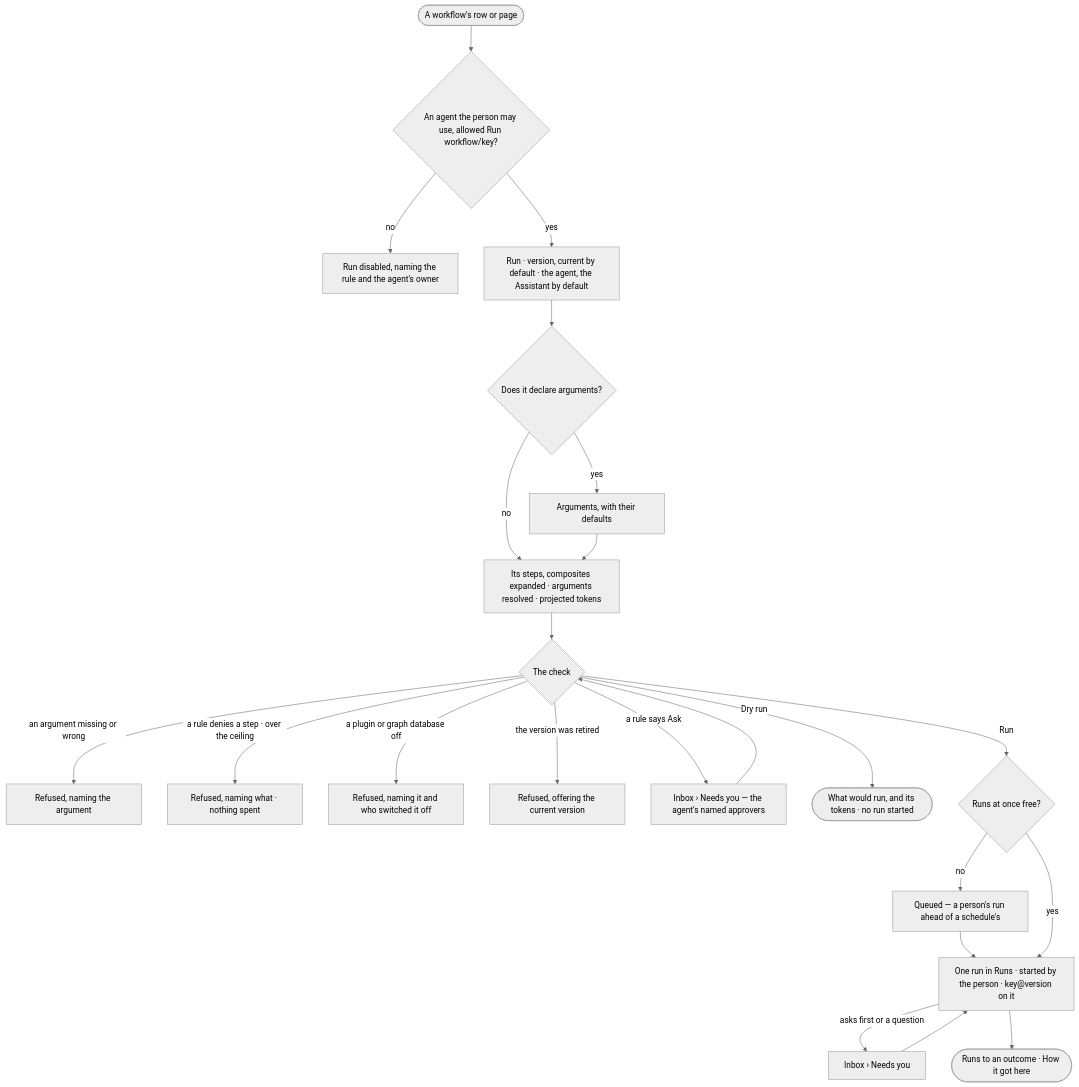
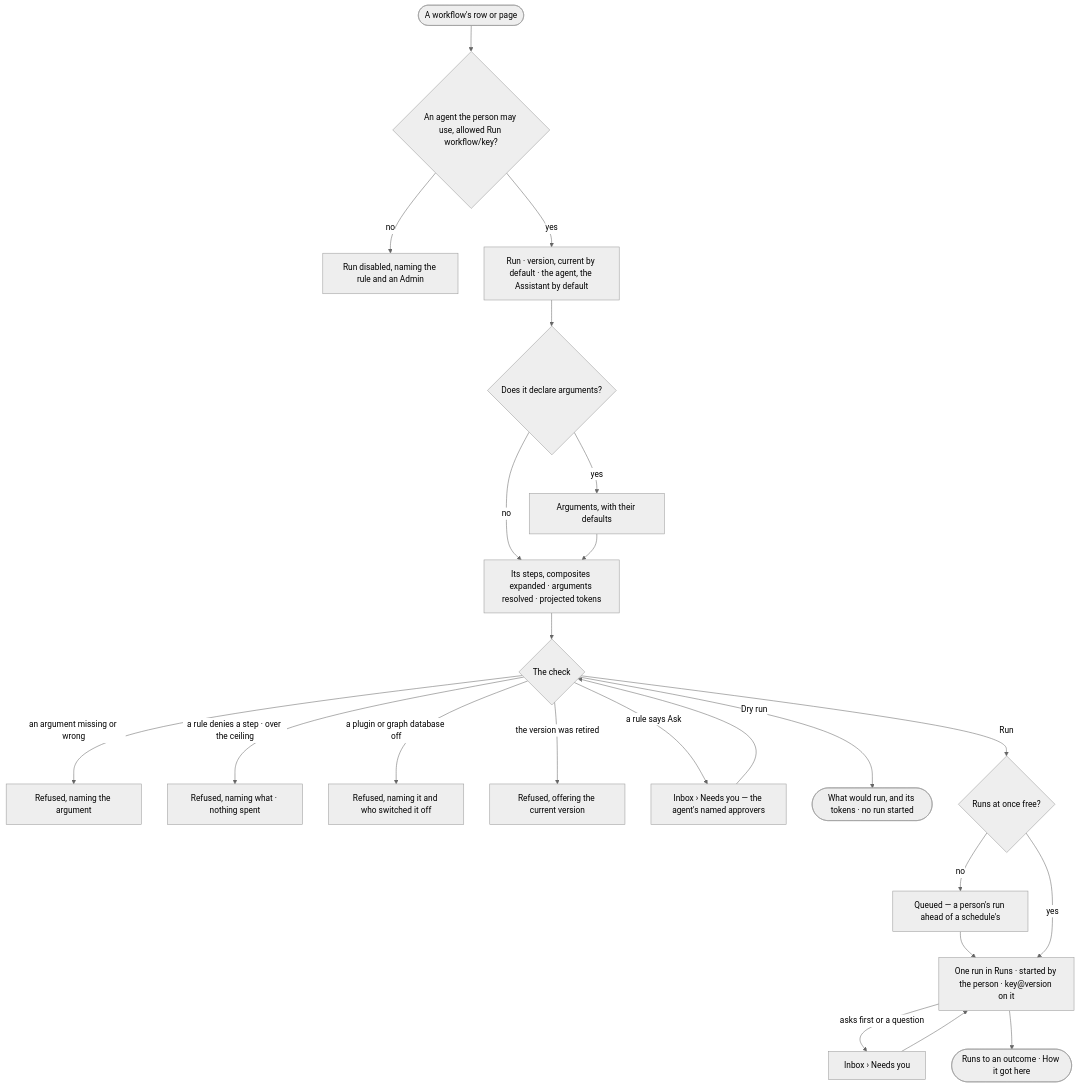
One commit to invana/invana changed the diagram in specs/capabilities/agents/features/AG-F06-plans-and-workflows/stories/AG-44-run-a-plan-on-demand-with-todays-arguments/story.md. Above: the diagram before and after it, drawn with Mermaid (neutral theme). The commit also changed other lines of this file and 300 other files, not shown here.

````diff
--- a/specs/capabilities/agents/features/AG-F06-plans-and-workflows/stories/AG-44-run-a-plan-on-demand-with-todays-arguments/story.md
+++ b/specs/capabilities/agents/features/AG-F06-plans-and-workflows/stories/AG-44-run-a-plan-on-demand-with-todays-arguments/story.md
@@ -27,22 +29,22 @@
 ```mermaid
 flowchart TD
   a([A workflow's row or page]) --> who{"An agent the person may use, allowed Run workflow/key?"}
-  who -->|no| nx["Run disabled, naming the rule and the agent's owner"]
+  who -->|no| nx["Run disabled, naming the rule and an Admin"]
   who -->|yes| d["Run · version, current by default · the agent, the Assistant by default"]
   d --> args{"Does it declare arguments?"}
   args -->|yes| f["Arguments, with their defaults"]
   args -->|no| pv
   f --> pv["Its steps, composites expanded · arguments resolved · projected tokens"]
   pv --> chk{"The check"}
   chk -->|an argument missing or wrong| ax["Refused, naming the argument"]
   chk -->|a rule denies a step · over the ceiling| bx["Refused, naming what · nothing spent"]
   chk -->|a plugin or graph database off| ox["Refused, naming it and who switched it off"]
   chk -->|the version was retired| rx["Refused, offering the current version"]
   chk -->|a rule says Ask| ib0["Inbox › Needs you — the agent's named approvers"] --> chk
   chk -->|Dry run| dr(["What would run, and its tokens · no run started"])
   chk -->|Run| q{"Runs at once free?"}
   q -->|no| qu["Queued — a person's run ahead of a schedule's"] --> run
   q -->|yes| run["One run in Runs · started by the person · key@version on it"]
   run -->|asks first or a question| ib["Inbox › Needs you"] --> run
   run --> out(["Runs to an outcome · How it got here"])
 ```
````
